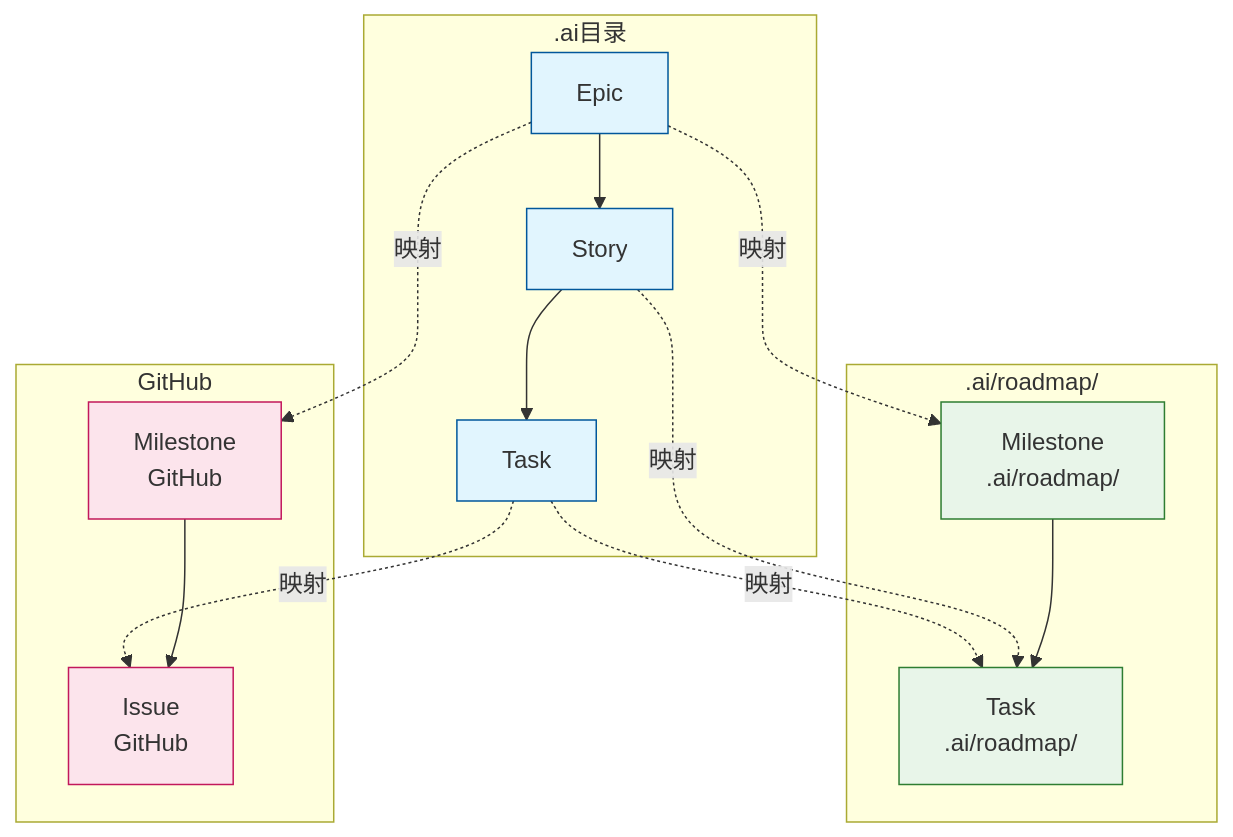
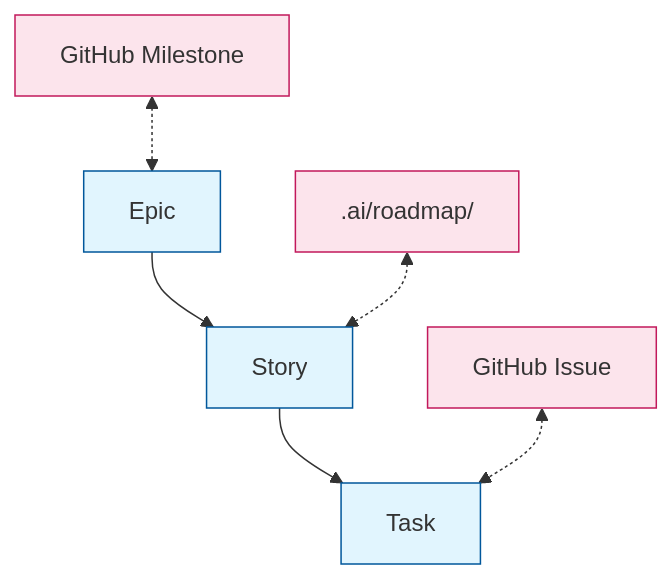
One commit to jacobcy/VibeCopilot changed the first of 2 diagrams in .cursor/rules/command-rules/update-command.mdc. Above: the diagram before and after it, drawn with Mermaid. The commit also changed other lines of this file and 18 other files, not shown here.

````diff
--- a/.cursor/rules/command-rules/update-command.mdc
+++ b/.cursor/rules/command-rules/update-command.mdc
@@ -21,39 +19,15 @@
 ```mermaid
 graph TD
     Epic[Epic] --> Story[Story]
     Story --> Task[Task]
 
-    Milestone1[Milestone<br>.ai/roadmap/] --> Task1[Task<br>.ai/roadmap/]
-
-    Milestone2[Milestone<br>GitHub] --> Issue[Issue<br>GitHub]
-
-    Epic -.映射.-> Milestone1
-    Epic -.映射.-> Milestone2
-    Story -.映射.-> Task1
-    Task -.映射.-> Task1
-    Task -.映射.-> Issue
+    RoadmapTask[".ai/roadmap/"] <-.-> Story
+    GitHubIssue["GitHub Issue"] <-.-> Task
+    GitHubMilestone["GitHub Milestone"] <-.-> Epic
 
     classDef local fill:#e1f5fe,stroke:#01579b
-    classDef roadmap fill:#e8f5e9,stroke:#2e7d32
-    classDef github fill:#fce4ec,stroke:#c2185b
+    classDef remote fill:#fce4ec,stroke:#c2185b
 
     class Epic,Story,Task local
-    class Milestone1,Task1 roadmap
-    class Milestone2,Issue github
-
-    subgraph 本地文件结构[".ai目录"]
-        Epic
-        Story
-        Task
-    end
-
-    subgraph 路线图[".ai/roadmap/"]
-        Milestone1
-        Task1
-    end
-
-    subgraph GitHub平台["GitHub"]
-        Milestone2
-        Issue
-    end
+    class GitHubIssue,GitHubMilestone,RoadmapTask remote
 ```
````
